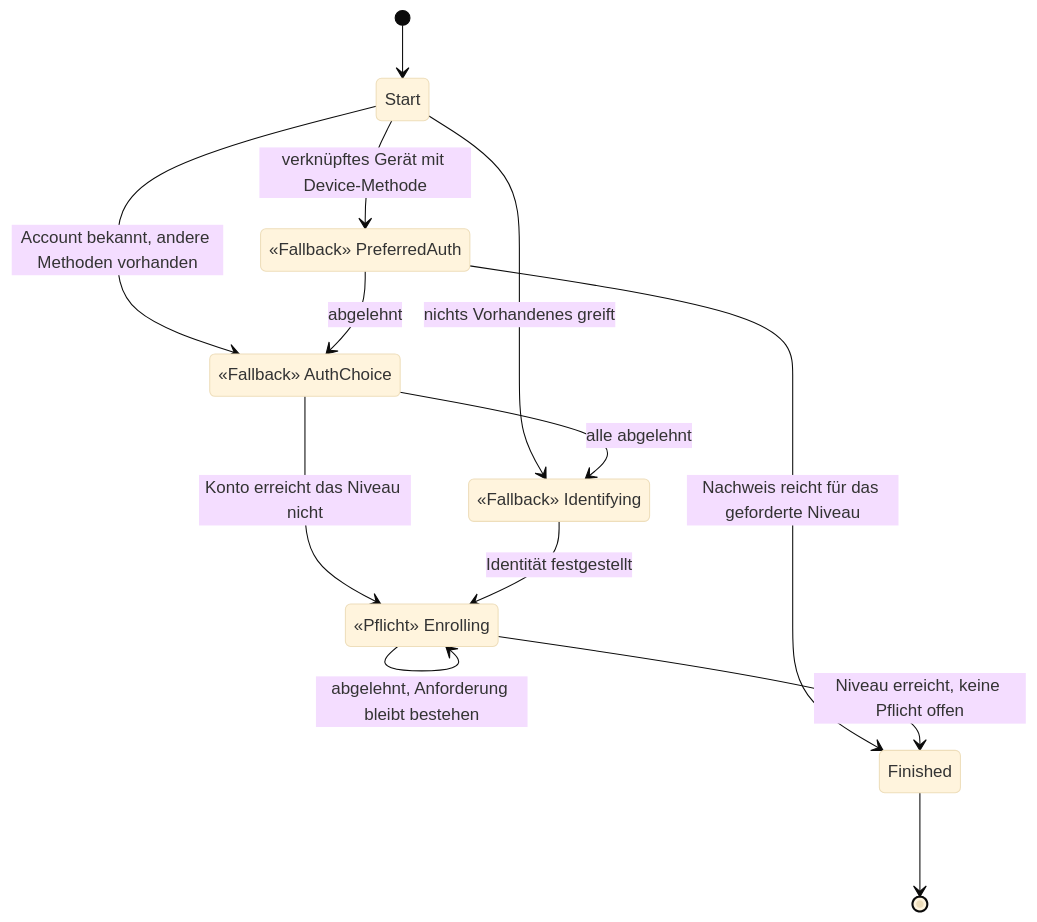
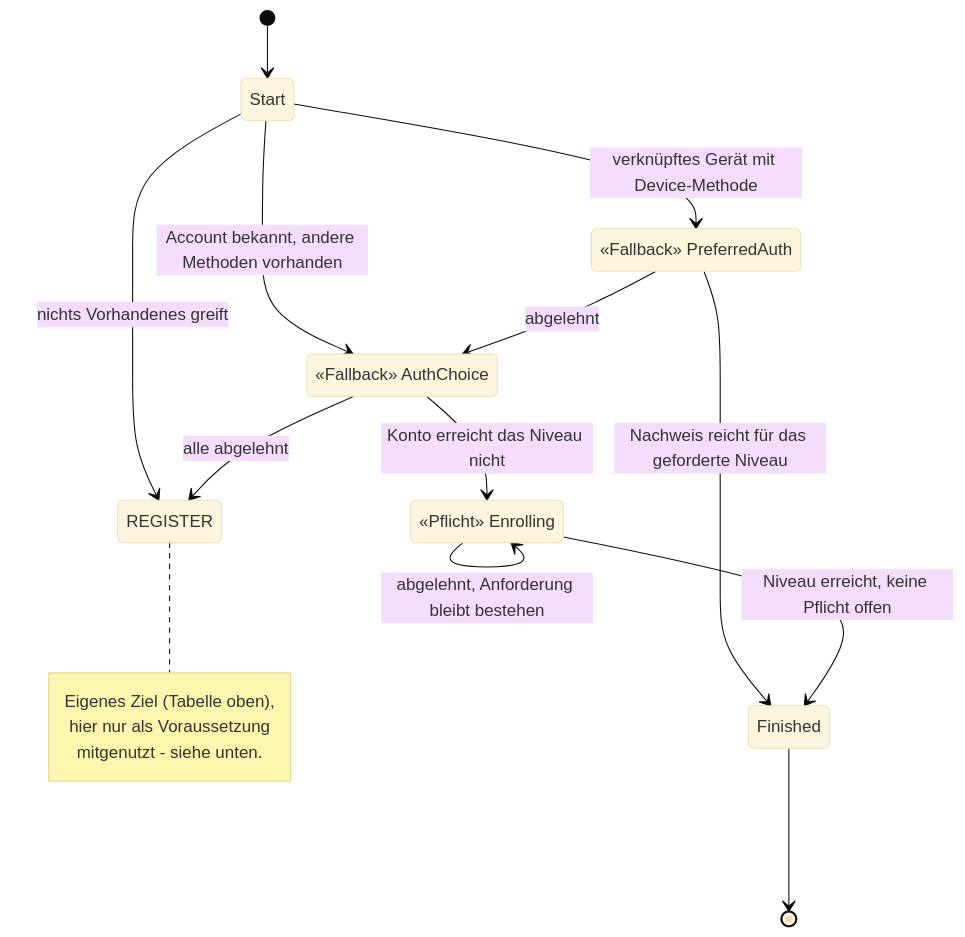
The second of 3 diagrams in docs/pitches/fachexperten-konzepte.md (rpreissel/DPoP-demo), drawn with Mermaid (base theme) before and after one commit. The commit also changed other lines of this file and 2 other files, not shown here.

Commit message:
docs: Ergebnis statt Weg beschreiben, veraltete Diagramme/Verweise korrigieren
FAST_ACCESS/REGISTER-Abschnitt in 04-orchestrierung.md von Vergleichen mit dem
vorherigen Vererbungs-Design befreit - beschreibt nur noch die aktuelle
Architektur. Fachexperten-Pitch zeigte im FAST_ACCESS-Diagramm noch Identifying
als eigenen Zustand; korrigiert und REGISTER als zweites Beispiel für
wiederverwendete Teilabläufe ergänzt. Ein Codeverweis in den claims-Ideen
(findOrCreateAccount/FastAccessStrategy) war unabhängig davon schon ungenau.

Claude-Session: https://claude.ai/code/session_01WELPu2K7Nh4UHe8Er8PRVx

````diff
--- a/docs/pitches/fachexperten-konzepte.md
+++ b/docs/pitches/fachexperten-konzepte.md
@@ -53,23 +53,27 @@
 ```mermaid
 stateDiagram-v2
   state "«Fallback» PreferredAuth" as PreferredAuth
   state "«Fallback» AuthChoice" as AuthChoice
-  state "«Fallback» Identifying" as Identifying
   state "«Pflicht» Enrolling" as Enrolling
 
   [*] --> Start
   Start --> PreferredAuth: verknüpftes Gerät mit Device-Methode
   Start --> AuthChoice: Account bekannt, andere Methoden vorhanden
-  Start --> Identifying: nichts Vorhandenes greift
+  Start --> REGISTER: nichts Vorhandenes greift
 
   PreferredAuth --> AuthChoice: abgelehnt
-  AuthChoice --> Identifying: alle abgelehnt
+  AuthChoice --> REGISTER: alle abgelehnt
 
   PreferredAuth --> Finished: Nachweis reicht für das geforderte Niveau
   AuthChoice --> Enrolling: Konto erreicht das Niveau nicht
-  Identifying --> Enrolling: Identität festgestellt
 
   Enrolling --> Enrolling: abgelehnt, Anforderung bleibt bestehen
   Enrolling --> Finished: Niveau erreicht, keine Pflicht offen
   Finished --> [*]
+
+  note right of REGISTER
+    Eigenes Ziel (Tabelle oben),
+    hier nur als Voraussetzung
+    mitgenutzt - siehe unten.
+  end note
 ```
````
